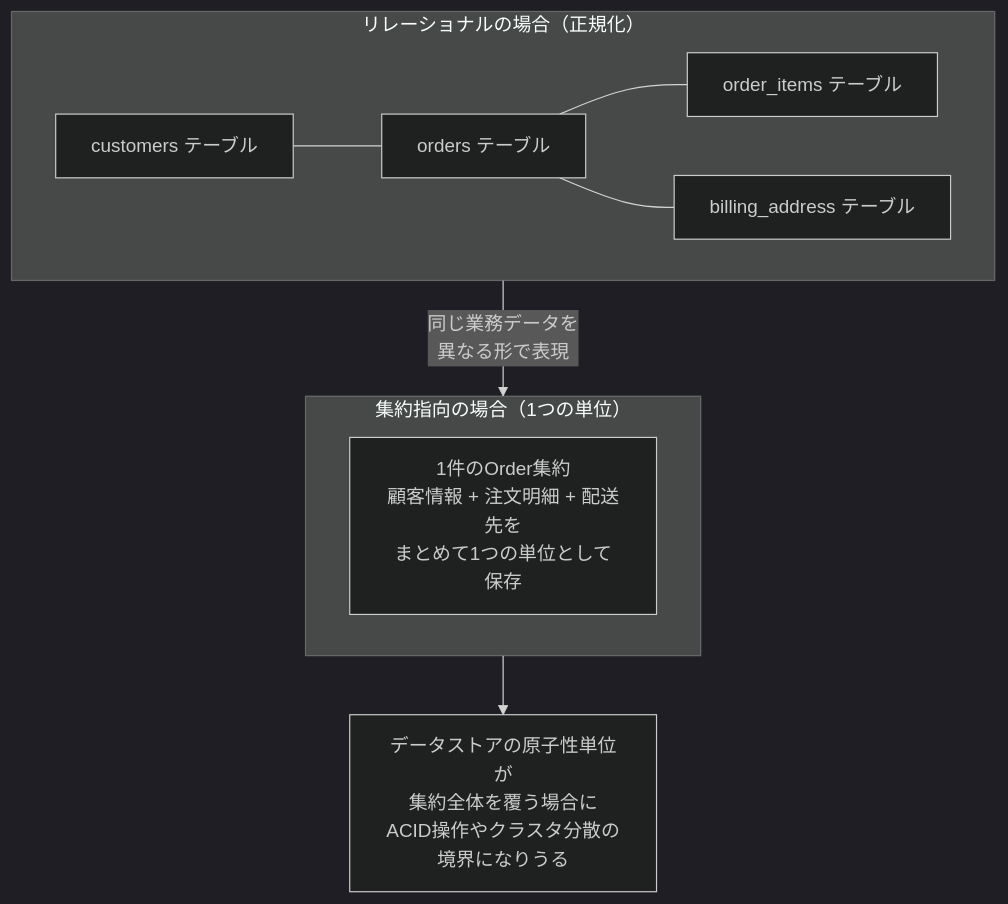
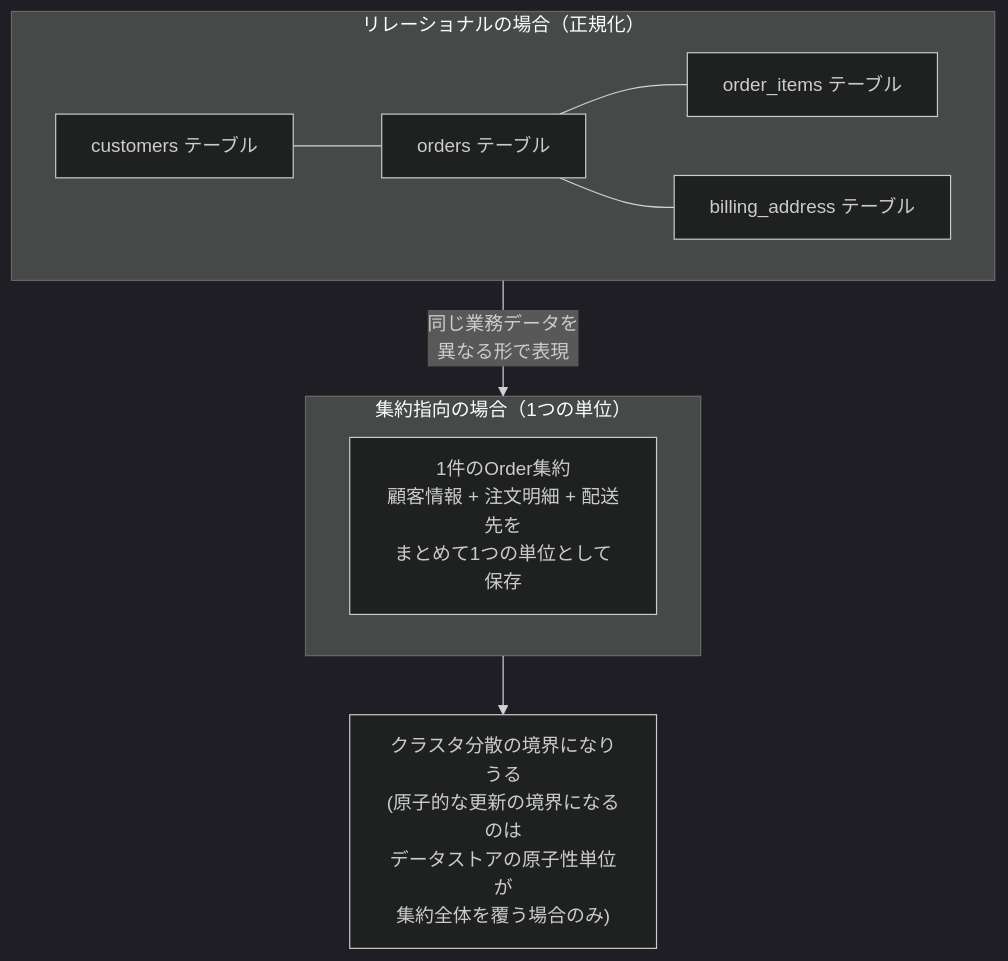
Before and after one commit to myoshi2891/Software-Design-and-Architecture: the fifth of 16 diagrams in Nosql-distilled-guide.md, drawn with Mermaid (dark theme). The commit also changed other lines of this file, not shown here.

````diff
--- a/Nosql-distilled-guide.md
+++ b/Nosql-distilled-guide.md
@@ -177,17 +177,17 @@
 ```mermaid
 flowchart TD
     subgraph REL["リレーショナルの場合（正規化）"]
         R1["customers テーブル"]
         R2["orders テーブル"]
         R3["order_items テーブル"]
         R4["billing_address テーブル"]
         R1 --- R2
         R2 --- R3
         R2 --- R4
     end
     subgraph AGG["集約指向の場合（1つの単位）"]
         A1["1件のOrder集約<br/>顧客情報 + 注文明細 + 配送先を<br/>まとめて1つの単位として保存"]
     end
     REL -->|"同じ業務データを<br/>異なる形で表現"| AGG
-    AGG --> Note["データストアの原子性単位が<br/>集約全体を覆う場合に<br/>ACID操作やクラスタ分散の境界になりうる"]
+    AGG --> Note["クラスタ分散の境界になりうる<br/>(原子的な更新の境界になるのは<br/>データストアの原子性単位が<br/>集約全体を覆う場合のみ)"]
 ```
````
